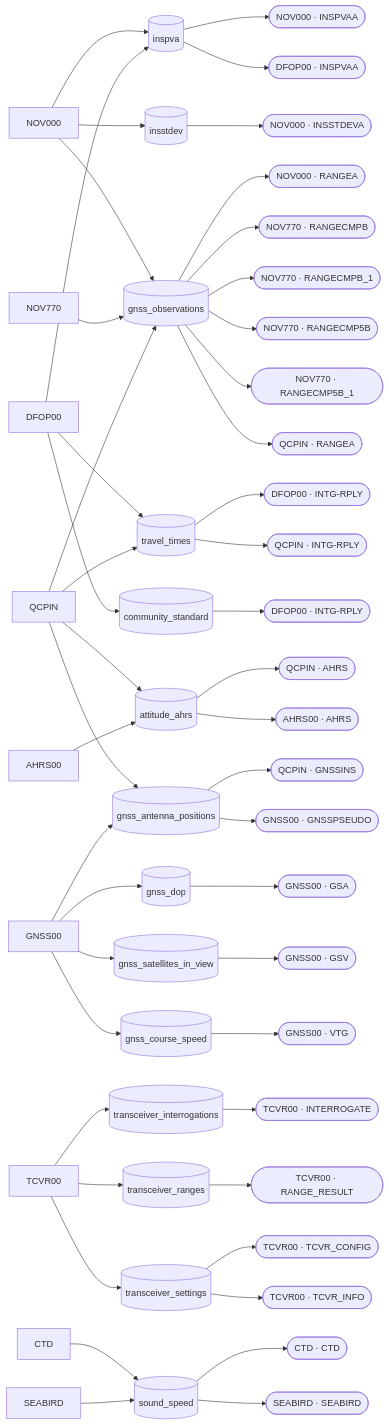
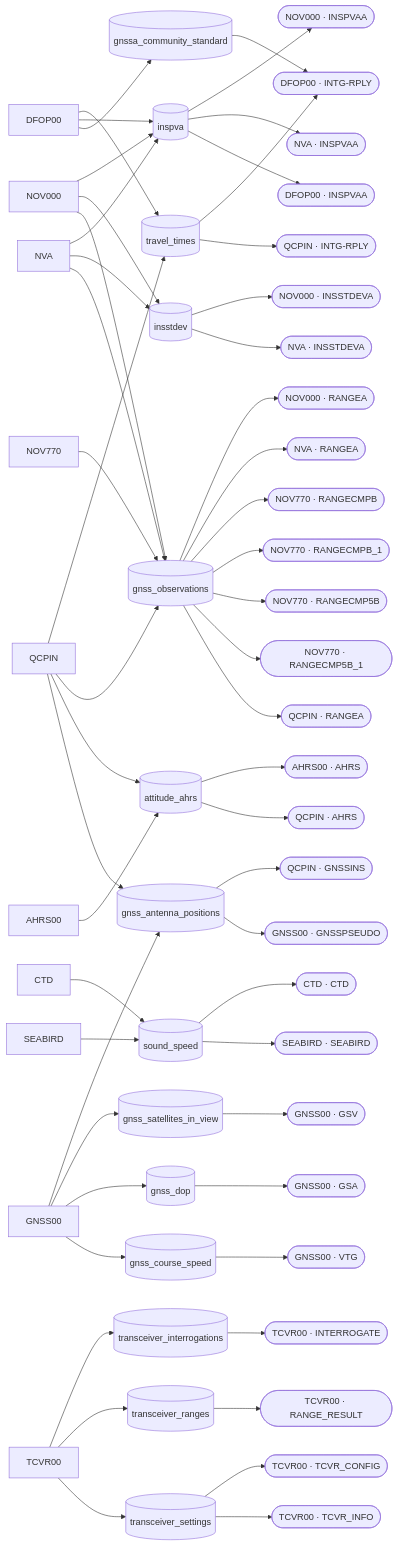
The diagram in src/go/pkg/README.md (EarthScope/earthscope-sfg-tools), drawn with Mermaid before and after one commit. The commit also changed 90 other files, not shown here.

First line of the commit message:
feat(rinex): implement RINEX writer for GNSS observations

````diff
--- a/src/go/pkg/README.md
+++ b/src/go/pkg/README.md
@@ -7,79 +7,86 @@
 ```mermaid
 flowchart LR
     %% File types
-    NOV000[NOV000]
-    NOV770[NOV770]
     DFOP00[DFOP00]
     QCPIN[QCPIN]
+    NOV000[NOV000]
+    NVA[NVA]
+    NOV770[NOV770]
     AHRS00[AHRS00]
+    CTD[CTD]
+    SEABIRD[SEABIRD]
     GNSS00[GNSS00]
     TCVR00[TCVR00]
-    CTD[CTD]
-    SEABIRD[SEABIRD]
 
     %% Level 0 tables
+    travel_times[(travel_times)]
     inspva[(inspva)]
     insstdev[(insstdev)]
     gnss_observations[(gnss_observations)]
+    attitude_ahrs[(attitude_ahrs)]
+    sound_speed[(sound_speed)]
     gnss_antenna_positions[(gnss_antenna_positions)]
-    attitude_ahrs[(attitude_ahrs)]
-    travel_times[(travel_times)]
+    gnss_satellites_in_view[(gnss_satellites_in_view)]
     gnss_dop[(gnss_dop)]
-    gnss_satellites_in_view[(gnss_satellites_in_view)]
     gnss_course_speed[(gnss_course_speed)]
     transceiver_interrogations[(transceiver_interrogations)]
     transceiver_ranges[(transceiver_ranges)]
     transceiver_settings[(transceiver_settings)]
-    sound_speed[(sound_speed)]
-    community_standard[(community_standard)]
+    gnssa_community_standard[(gnssa_community_standard)]
 
     %% File type -> table
+    DFOP00 --> travel_times
+    DFOP00 --> inspva
+    DFOP00 --> gnssa_community_standard
+    QCPIN --> travel_times
+    QCPIN --> gnss_observations
+    QCPIN --> attitude_ahrs
+    QCPIN --> gnss_antenna_positions
     NOV000 --> inspva
     NOV000 --> insstdev
     NOV000 --> gnss_observations
+    NVA --> inspva
+    NVA --> insstdev
+    NVA --> gnss_observations
     NOV770 --> gnss_observations
-    DFOP00 --> travel_times
-    DFOP00 --> inspva
-    DFOP00 --> community_standard
-    QCPIN --> travel_times
-    QCPIN --> attitude_ahrs
-    QCPIN --> gnss_antenna_positions
-    QCPIN --> gnss_observations
     AHRS00 --> attitude_ahrs
+    CTD --> sound_speed
+    SEABIRD --> sound_speed
     GNSS00 --> gnss_antenna_positions
+    GNSS00 --> gnss_satellites_in_view
     GNSS00 --> gnss_dop
-    GNSS00 --> gnss_satellites_in_view
     GNSS00 --> gnss_course_speed
     TCVR00 --> transceiver_interrogations
     TCVR00 --> transceiver_ranges
     TCVR00 --> transceiver_settings
-    CTD --> sound_speed
-    SEABIRD --> sound_speed
 
     %% Table -> log source (labelled file type · log source)
+    travel_times --> DFOP00_INTG_RPLY([DFOP00 · INTG-RPLY])
+    travel_times --> QCPIN_INTG_RPLY([QCPIN · INTG-RPLY])
     inspva --> NOV000_INSPVAA([NOV000 · INSPVAA])
+    inspva --> NVA_INSPVAA([NVA · INSPVAA])
+    inspva --> DFOP00_INSPVAA([DFOP00 · INSPVAA])
     insstdev --> NOV000_INSSTDEVA([NOV000 · INSSTDEVA])
+    insstdev --> NVA_INSSTDEVA([NVA · INSSTDEVA])
     gnss_observations --> NOV000_RANGEA([NOV000 · RANGEA])
+    gnss_observations --> NVA_RANGEA([NVA · RANGEA])
     gnss_observations --> NOV770_RANGECMPB([NOV770 · RANGECMPB])
     gnss_observations --> NOV770_RANGECMPB_1([NOV770 · RANGECMPB_1])
     gnss_observations --> NOV770_RANGECMP5B([NOV770 · RANGECMP5B])
     gnss_observations --> NOV770_RANGECMP5B_1([NOV770 · RANGECMP5B_1])
     gnss_observations --> QCPIN_RANGEA([QCPIN · RANGEA])
-    travel_times --> DFOP00_INTG_RPLY([DFOP00 · INTG-RPLY])
-    inspva --> DFOP00_INSPVAA([DFOP00 · INSPVAA])
-    community_standard --> DFOP00_SHOTS([DFOP00 · INTG-RPLY])
-    travel_times --> QCPIN_INTG_RPLY([QCPIN · INTG-RPLY])
+    attitude_ahrs --> AHRS00_AHRS([AHRS00 · AHRS])
     attitude_ahrs --> QCPIN_AHRS([QCPIN · AHRS])
+    sound_speed --> CTD_CTD([CTD · CTD])
+    sound_speed --> SEABIRD_SEABIRD([SEABIRD · SEABIRD])
     gnss_antenna_positions --> QCPIN_GNSSINS([QCPIN · GNSSINS])
-    attitude_ahrs --> AHRS00_AHRS([AHRS00 · AHRS])
     gnss_antenna_positions --> GNSS00_GNSSPSEUDO([GNSS00 · GNSSPSEUDO])
+    gnss_satellites_in_view --> GNSS00_GSV([GNSS00 · GSV])
     gnss_dop --> GNSS00_GSA([GNSS00 · GSA])
-    gnss_satellites_in_view --> GNSS00_GSV([GNSS00 · GSV])
     gnss_course_speed --> GNSS00_VTG([GNSS00 · VTG])
     transceiver_interrogations --> TCVR00_INTERROGATE([TCVR00 · INTERROGATE])
     transceiver_ranges --> TCVR00_RANGE_RESULT([TCVR00 · RANGE_RESULT])
     transceiver_settings --> TCVR00_TCVR_CONFIG([TCVR00 · TCVR_CONFIG])
     transceiver_settings --> TCVR00_TCVR_INFO([TCVR00 · TCVR_INFO])
-    sound_speed --> CTD_CTD([CTD · CTD])
-    sound_speed --> SEABIRD_SEABIRD([SEABIRD · SEABIRD])
+    gnssa_community_standard --> DFOP00_INTG_RPLY([DFOP00 · INTG-RPLY])
 ```
````
